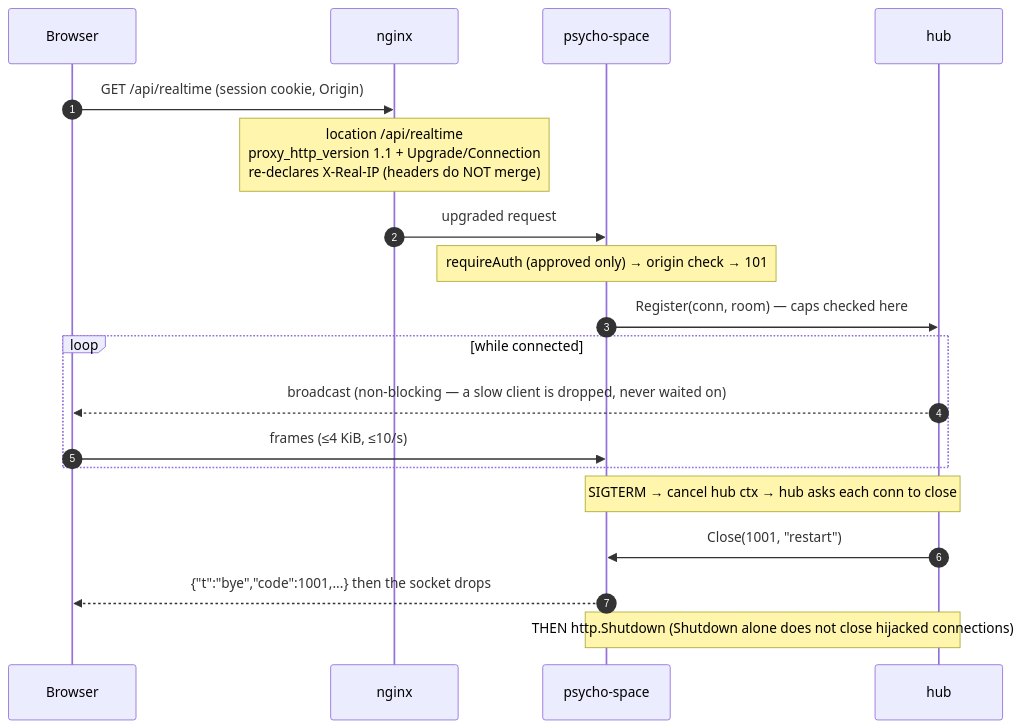
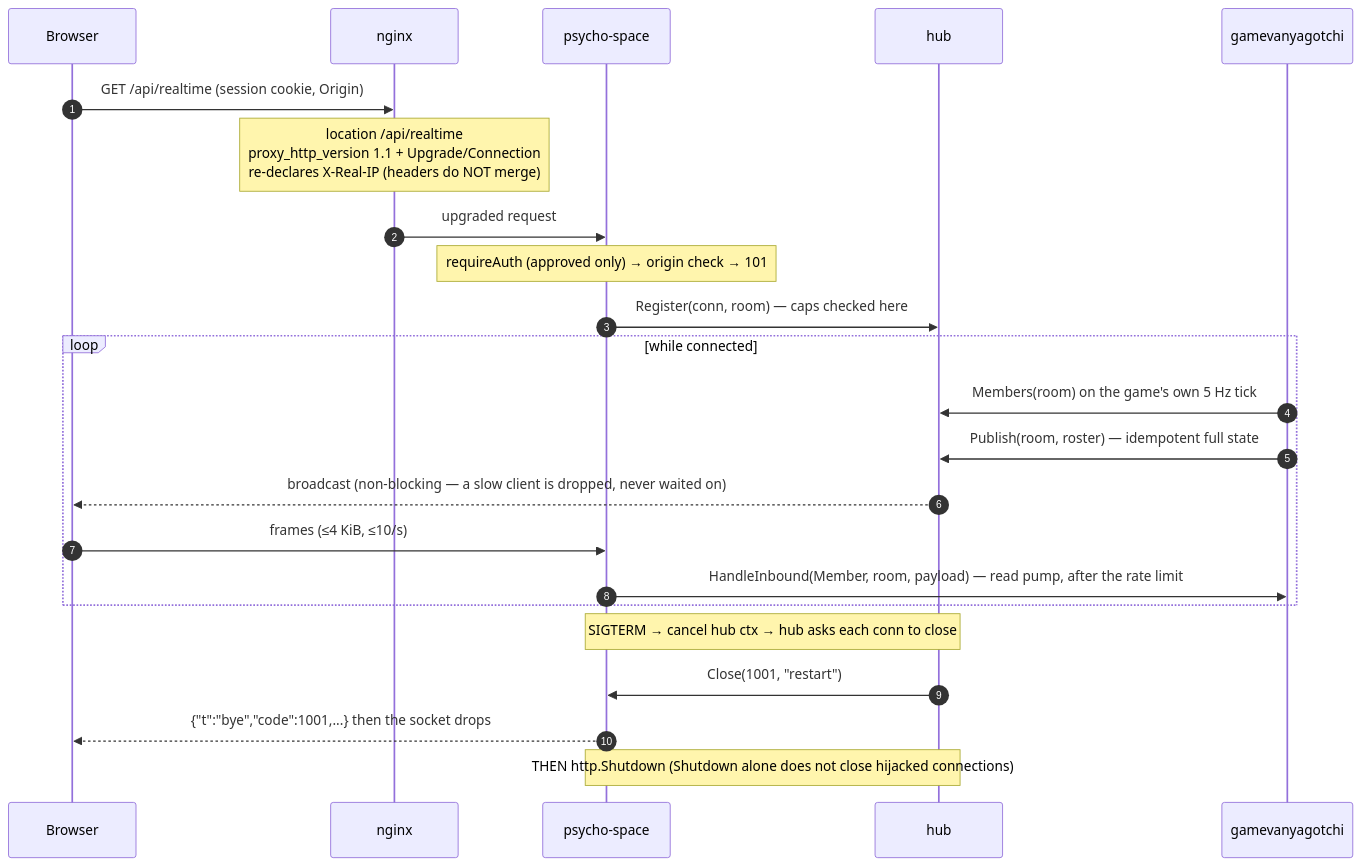
One commit to SergeyZSpb/psycho-space changed the fifth of 8 diagrams in docs/ARCHITECTURE.md. Above: the diagram before and after it, drawn with Mermaid. The commit also changed other lines of this file and 17 other files, not shown here.

````diff
--- a/docs/ARCHITECTURE.md
+++ b/docs/ARCHITECTURE.md
@@ -137,22 +137,26 @@
 ```mermaid
 sequenceDiagram
     autonumber
     participant B as Browser
     participant N as nginx
     participant A as psycho-space
     participant H as hub
+    participant G as gamevanyagotchi
 
     B->>N: GET /api/realtime (session cookie, Origin)
     Note over N: location /api/realtime<br/>proxy_http_version 1.1 + Upgrade/Connection<br/>re-declares X-Real-IP (headers do NOT merge)
     N->>A: upgraded request
     Note over A: requireAuth (approved only) → origin check → 101
     A->>H: Register(conn, room) — caps checked here
     loop while connected
+        G->>H: Members(room) on the game's own 5 Hz tick
+        G->>H: Publish(room, roster) — idempotent full state
         H-->>B: broadcast (non-blocking — a slow client is dropped, never waited on)
         B->>A: frames (≤4 KiB, ≤10/s)
+        A->>G: HandleInbound(Member, room, payload) — read pump, after the rate limit
     end
     Note over A,H: SIGTERM → cancel hub ctx → hub asks each conn to close
     H->>A: Close(1001, "restart")
     A-->>B: {"t":"bye","code":1001,...} then the socket drops
     Note over A,H: THEN http.Shutdown (Shutdown alone does not close hijacked connections)
 ```
````
